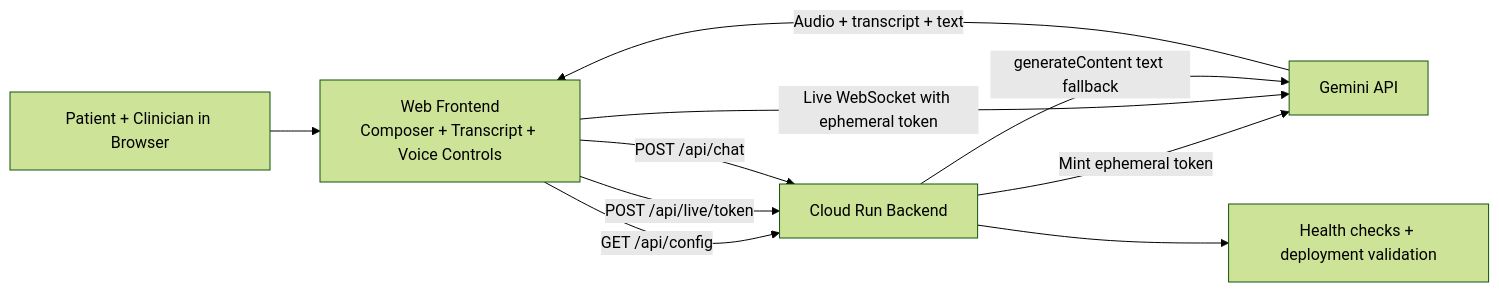
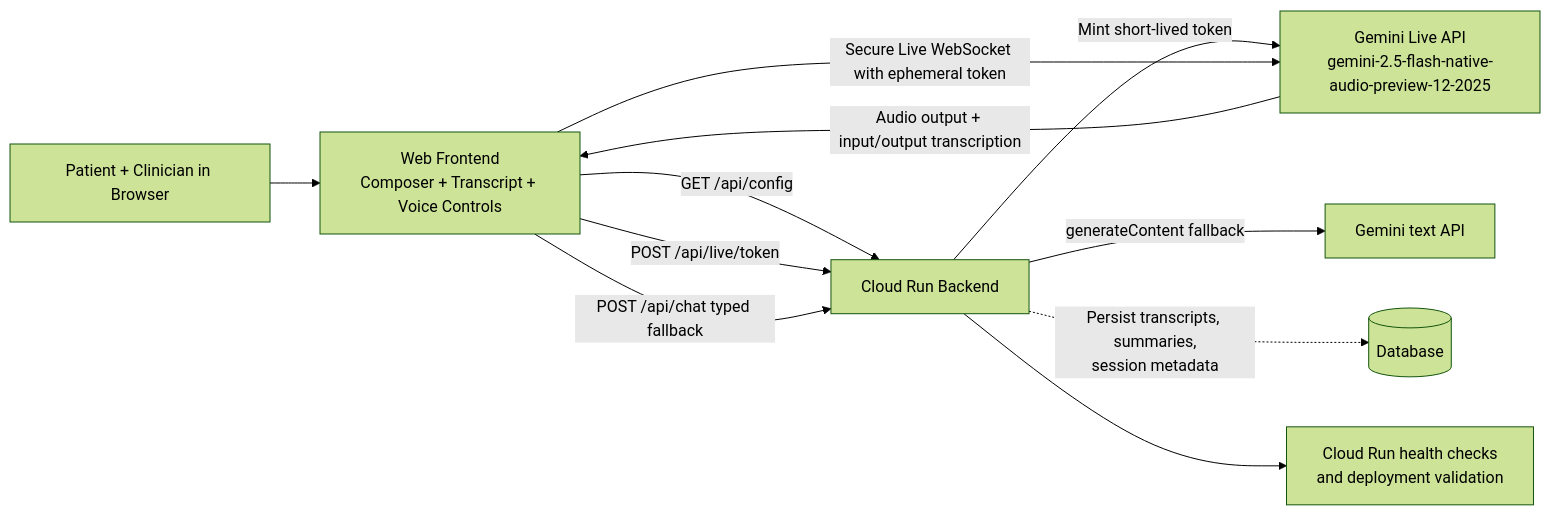
One commit to khskwok/gemini-physio-intake-copilot changed the diagram in README.md. Above: the diagram before and after it, drawn with Mermaid (forest theme). The commit also changed other lines of this file and 3 other files, not shown here.

````diff
--- a/README.md
+++ b/README.md
@@ -42,12 +50,13 @@
 ```mermaid
 flowchart LR
 	U[Patient + Clinician in Browser] --> FE[Web Frontend\nComposer + Transcript + Voice Controls]
 	FE -->|GET /api/config| BE[Cloud Run Backend]
 	FE -->|POST /api/live/token| BE
-	BE -->|Mint ephemeral token| GL[Gemini API]
-	FE -->|Live WebSocket with ephemeral token| GL
-	FE -->|POST /api/chat| BE
-	BE -->|generateContent text fallback| GL
-	GL -->|Audio + transcript + text| FE
-	BE --> OBS[Health checks + deployment validation]
+	BE -->|Mint short-lived token| GL[Gemini Live API\ngemini-2.5-flash-native-audio-preview-12-2025]
+	FE -->|Secure Live WebSocket with ephemeral token| GL
+	GL -->|Audio output + input/output transcription| FE
+	FE -->|POST /api/chat typed fallback| BE
+	BE -->|generateContent fallback| GT[Gemini text API]
+	BE -.->|Persist transcripts, summaries,\nsession metadata| DB[(Database)]
+	BE --> OBS[Cloud Run health checks\nand deployment validation]
 ```
````
